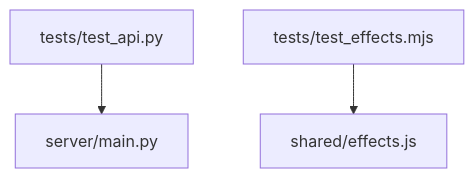
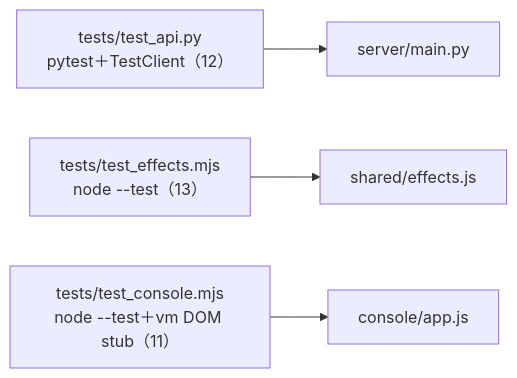
The sixth of 6 diagrams in docs/agents/CALL_GRAPH.md (zivngit/Real-time-Interaction-html), drawn with Mermaid before and after one commit. The commit also changed other lines of this file, not shown here.

Commit message:
docs: 依新規則重寫函式呼叫關係圖（依內容選擇 mermaid 圖型）

````diff
--- a/docs/agents/CALL_GRAPH.md
+++ b/docs/agents/CALL_GRAPH.md
@@ -65,5 +163,6 @@
 ```mermaid
-flowchart TD
-    T1[tests/test_api.py] --> M[server/main.py]
-    T2[tests/test_effects.mjs] --> S[shared/effects.js]
+flowchart LR
+    TA["tests/test_api.py<br/>pytest＋TestClient（12）"] --> M["server/main.py"]
+    TE["tests/test_effects.mjs<br/>node --test（13）"] --> S["shared/effects.js"]
+    TC["tests/test_console.mjs<br/>node --test＋vm DOM stub（11）"] --> K["console/app.js"]
 ```
````
